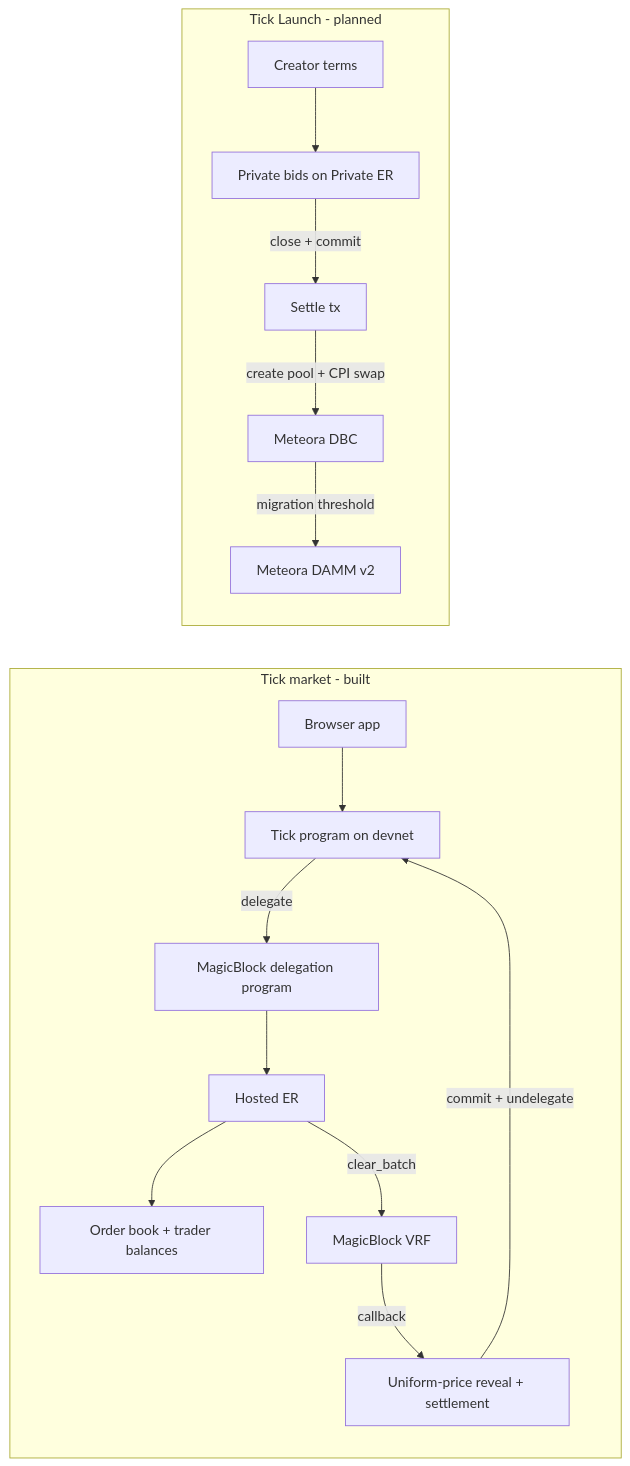
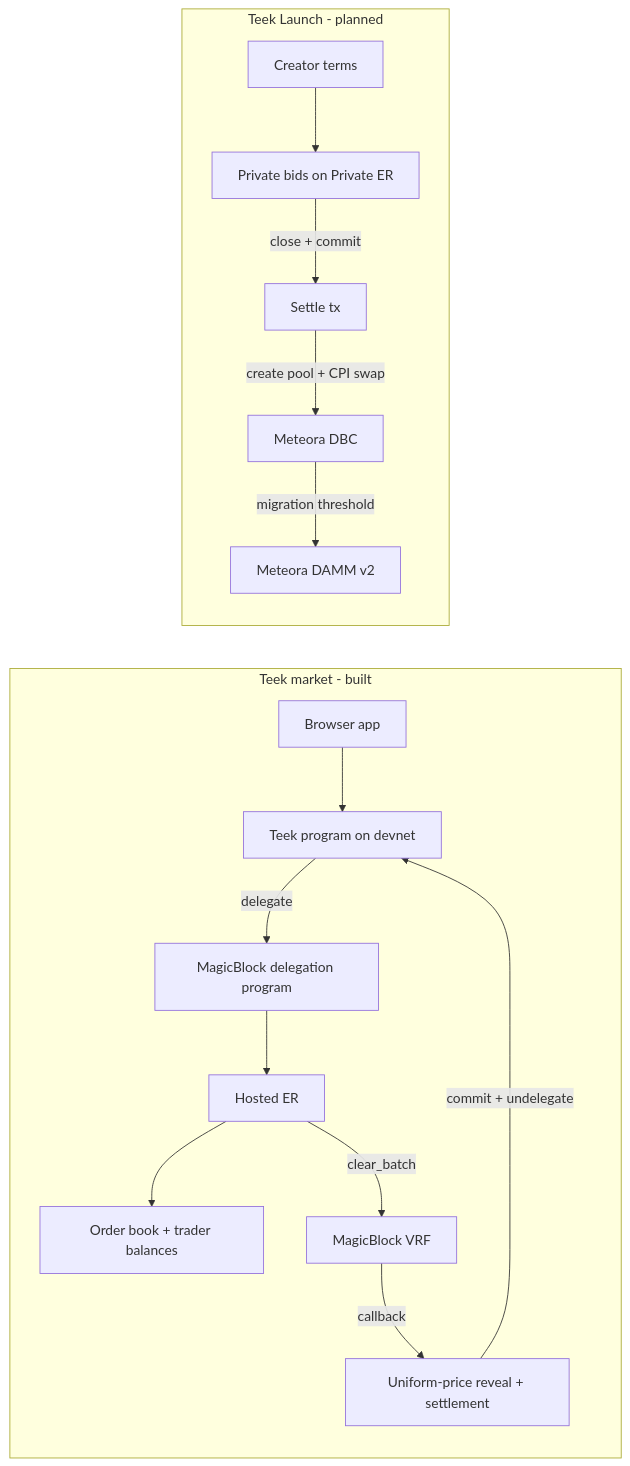
One commit to IamHarrie-Labs/teek changed the diagram in PROJECT.md. Above: the diagram before and after it, drawn with Mermaid. The commit also changed other lines of this file and 17 other files, not shown here.

````diff
--- a/PROJECT.md
+++ b/PROJECT.md
@@ -202,18 +202,18 @@
 ```mermaid
 flowchart LR
-  subgraph Today[Tick market - built]
-    UI[Browser app] --> P[Tick program on devnet]
+  subgraph Today[Teek market - built]
+    UI[Browser app] --> P[Teek program on devnet]
     P -->|delegate| D[MagicBlock delegation program]
     D --> ER[Hosted ER]
     ER --> B[Order book + trader balances]
     ER -->|clear_batch| V[MagicBlock VRF]
     V -->|callback| R[Uniform-price reveal + settlement]
     R -->|commit + undelegate| P
   end
-  subgraph Launch[Tick Launch - planned]
+  subgraph Launch[Teek Launch - planned]
     T[Creator terms] --> PB[Private bids on Private ER]
     PB -->|close + commit| S[Settle tx]
     S -->|create pool + CPI swap| M[Meteora DBC]
     M -->|migration threshold| AMM[Meteora DAMM v2]
   end
 ```
````
